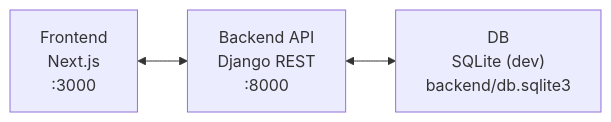
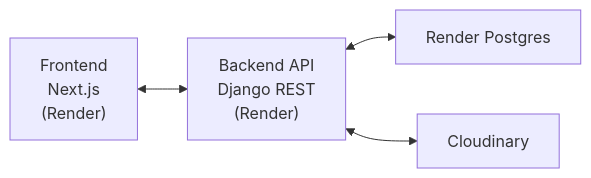
One commit to lshlabs/PromptHub changed the first of 4 diagrams in README.md. Above: the diagram before and after it, drawn with Mermaid. The commit also changed other lines of this file, not shown here.

````diff
--- a/README.md
+++ b/README.md
@@ -47,5 +68,6 @@
 ```mermaid
 flowchart LR
-  FE["Frontend\nNext.js\n:3000"] <--> API["Backend API\nDjango REST\n:8000"]
-  API <--> DB["DB\nSQLite (dev)\nbackend/db.sqlite3"]
+  FE["Frontend\nNext.js\n(Render)"] <--> API["Backend API\nDjango REST\n(Render)"]
+  API <--> DB["Render Postgres"]
+  API <--> MEDIA["Cloudinary"]
 ```
````
